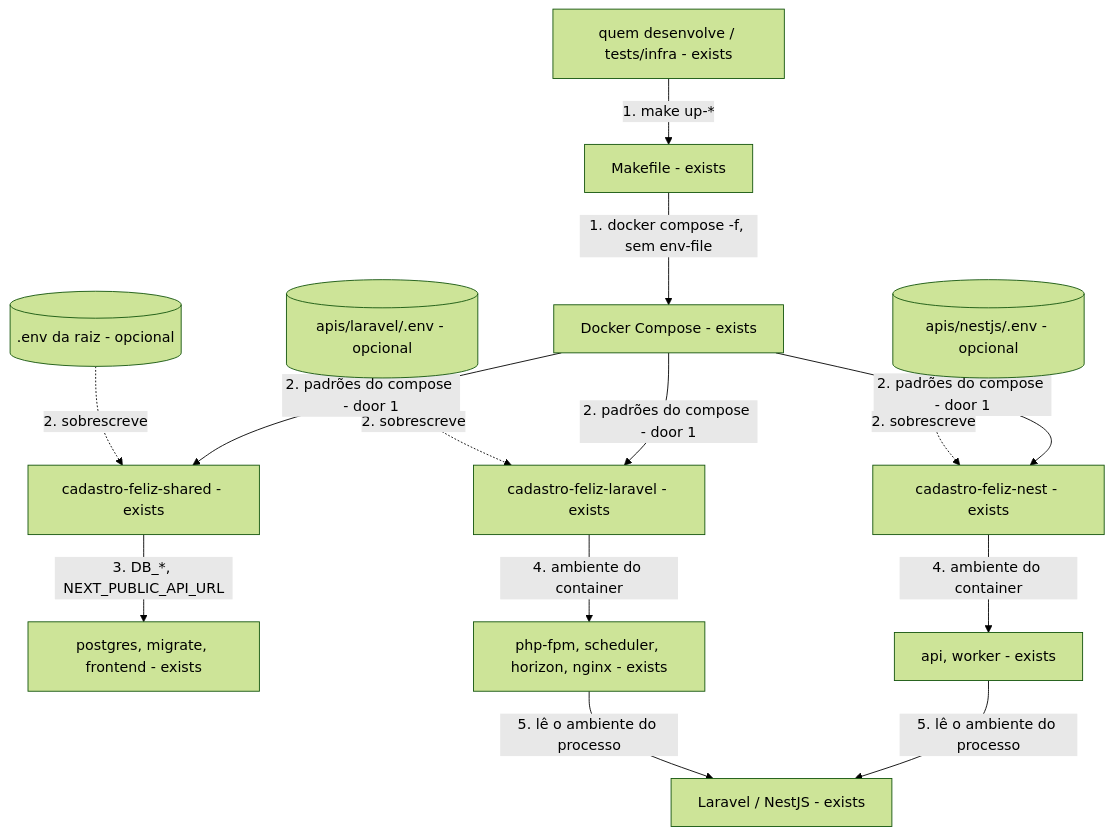
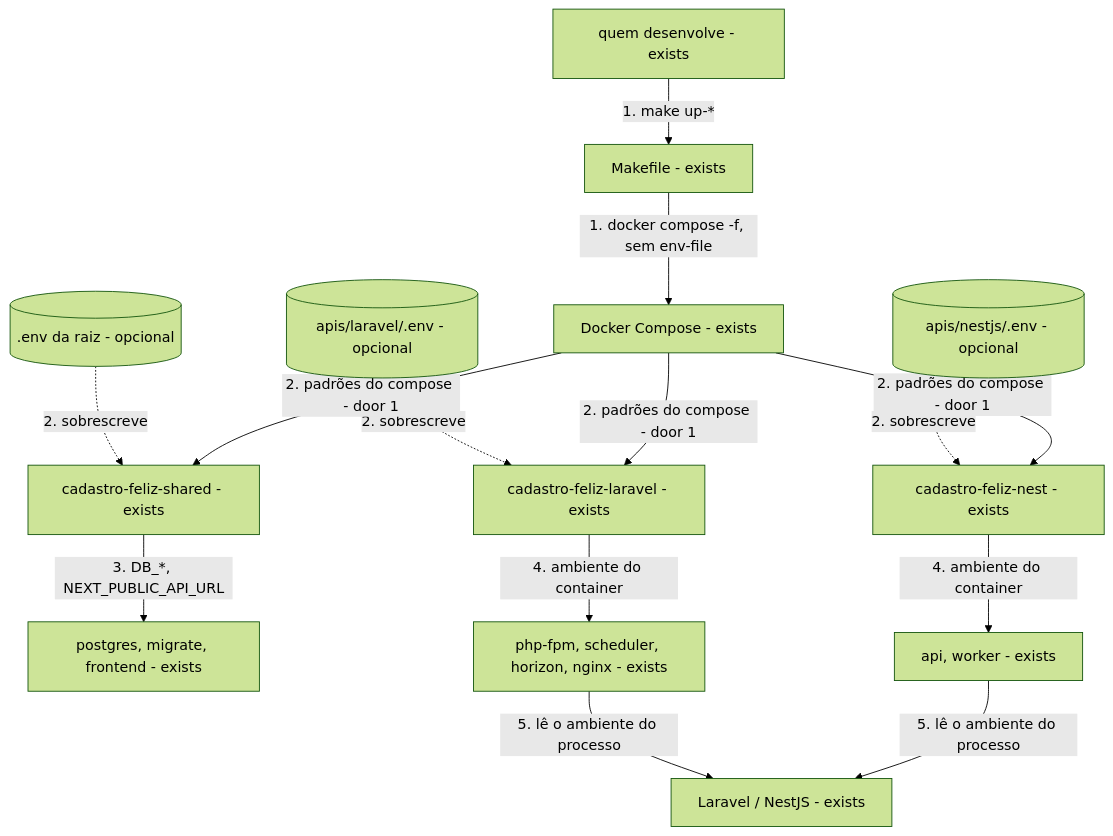
The diagram in .specs/features/env-per-project/plan.md (diashelter/cadastro-feliz), drawn with Mermaid (forest theme) before and after one commit. The commit also changed other lines of this file and 2 other files, not shown here.

````diff
--- a/.specs/features/env-per-project/plan.md
+++ b/.specs/features/env-per-project/plan.md
@@ -21,16 +21,16 @@
 ```mermaid
 flowchart TD
-    D[quem desenvolve / tests/infra - exists] -->|1. make up-*| M[Makefile - exists]
+    D[quem desenvolve - exists] -->|1. make up-*| M[Makefile - exists]
     M -->|1. docker compose -f, sem env-file| C[Docker Compose - exists]
     R[(.env da raiz - opcional)] -.->|2. sobrescreve| S
     L[(apis/laravel/.env - opcional)] -.->|2. sobrescreve| LV
     N[(apis/nestjs/.env - opcional)] -.->|2. sobrescreve| NS
     C -->|2. padrões do compose - door 1| S[cadastro-feliz-shared - exists]
     C -->|2. padrões do compose - door 1| LV[cadastro-feliz-laravel - exists]
     C -->|2. padrões do compose - door 1| NS[cadastro-feliz-nest - exists]
     S -->|3. DB_*, NEXT_PUBLIC_API_URL| P[postgres, migrate, frontend - exists]
     LV -->|4. ambiente do container| LA[php-fpm, scheduler, horizon, nginx - exists]
     NS -->|4. ambiente do container| NA[api, worker - exists]
     LA -->|5. lê o ambiente do processo| O[Laravel / NestJS - exists]
     NA -->|5. lê o ambiente do processo| O
 ```
````
